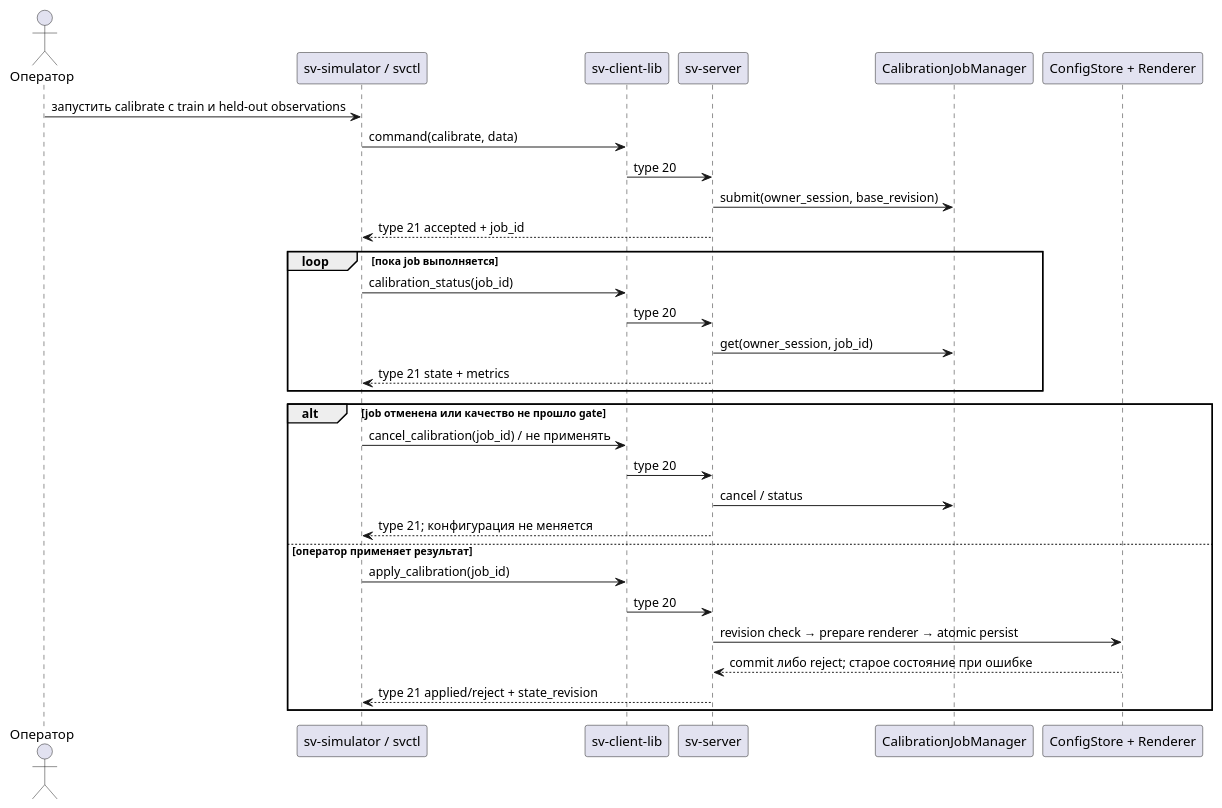
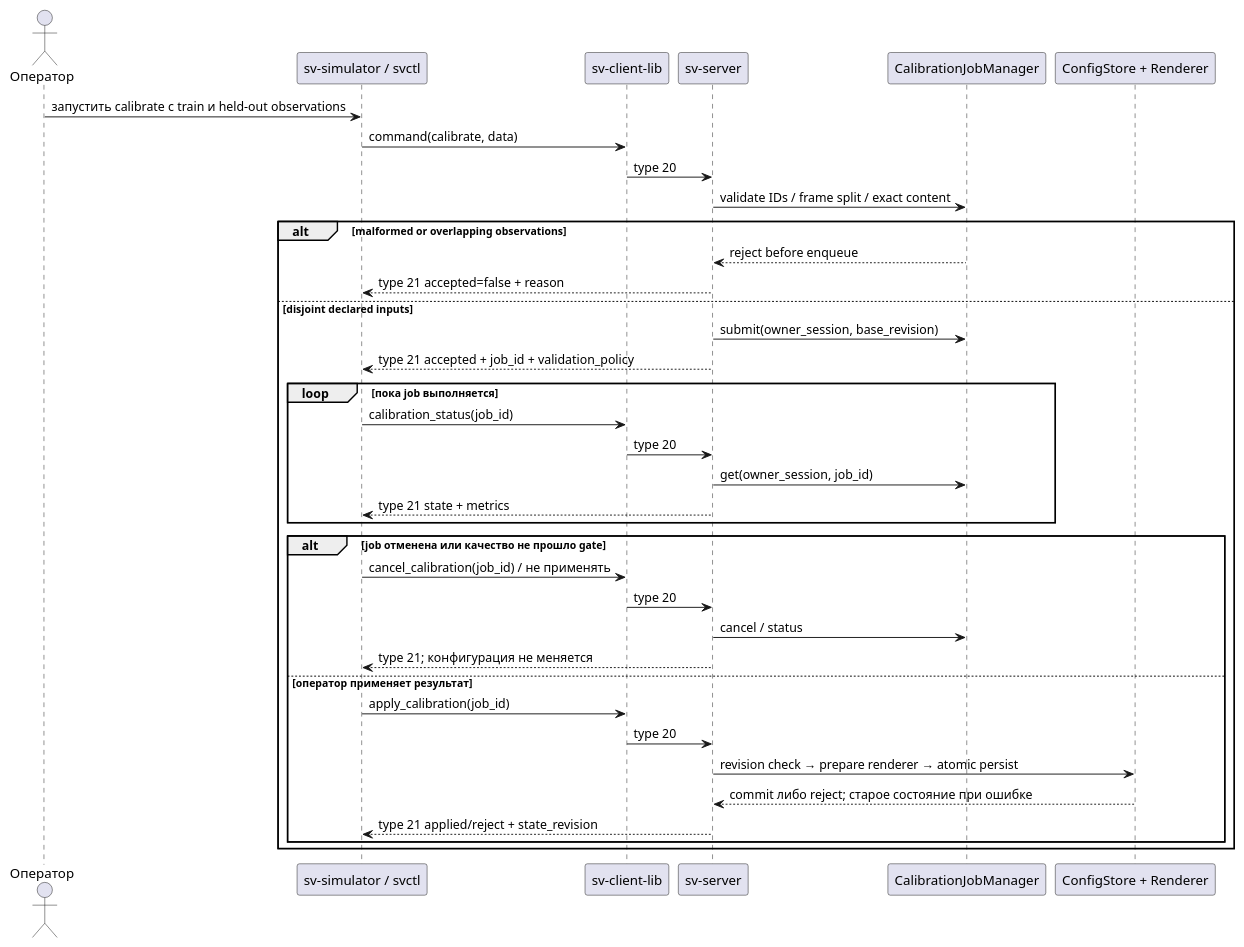
One commit to AKTOETO/Surround-view changed the second of 2 diagrams in docs/engineering/PROTOCOL_IMPLEMENTED.md. Above: the diagram before and after it, drawn with PlantUML. The commit also changed other lines of this file and 9 other files, not shown here.

````diff
--- a/docs/engineering/PROTOCOL_IMPLEMENTED.md
+++ b/docs/engineering/PROTOCOL_IMPLEMENTED.md
@@ -85,33 +111,39 @@
 ```plantuml
 @startuml
 actor "Оператор" as U
 participant "sv-simulator / svctl" as A
 participant "sv-client-lib" as L
 participant "sv-server" as S
 participant "CalibrationJobManager" as J
 participant "ConfigStore + Renderer" as R
 U -> A : запустить calibrate с train и held-out observations
 A -> L : command(calibrate, data)
 L -> S : type 20
-S -> J : submit(owner_session, base_revision)
-S --> A : type 21 accepted + job_id
+S -> J : validate IDs / frame split / exact content
+alt malformed or overlapping observations
+  J --> S : reject before enqueue
+  S --> A : type 21 accepted=false + reason
+else disjoint declared inputs
+  S -> J : submit(owner_session, base_revision)
+S --> A : type 21 accepted + job_id + validation_policy
 loop пока job выполняется
   A -> L : calibration_status(job_id)
   L -> S : type 20
   S -> J : get(owner_session, job_id)
   S --> A : type 21 state + metrics
 end
 alt job отменена или качество не прошло gate
   A -> L : cancel_calibration(job_id) / не применять
   L -> S : type 20
   S -> J : cancel / status
   S --> A : type 21; конфигурация не меняется
 else оператор применяет результат
   A -> L : apply_calibration(job_id)
   L -> S : type 20
   S -> R : revision check → prepare renderer → atomic persist
   R --> S : commit либо reject; старое состояние при ошибке
   S --> A : type 21 applied/reject + state_revision
 end
+end
 @enduml
 ```
````
